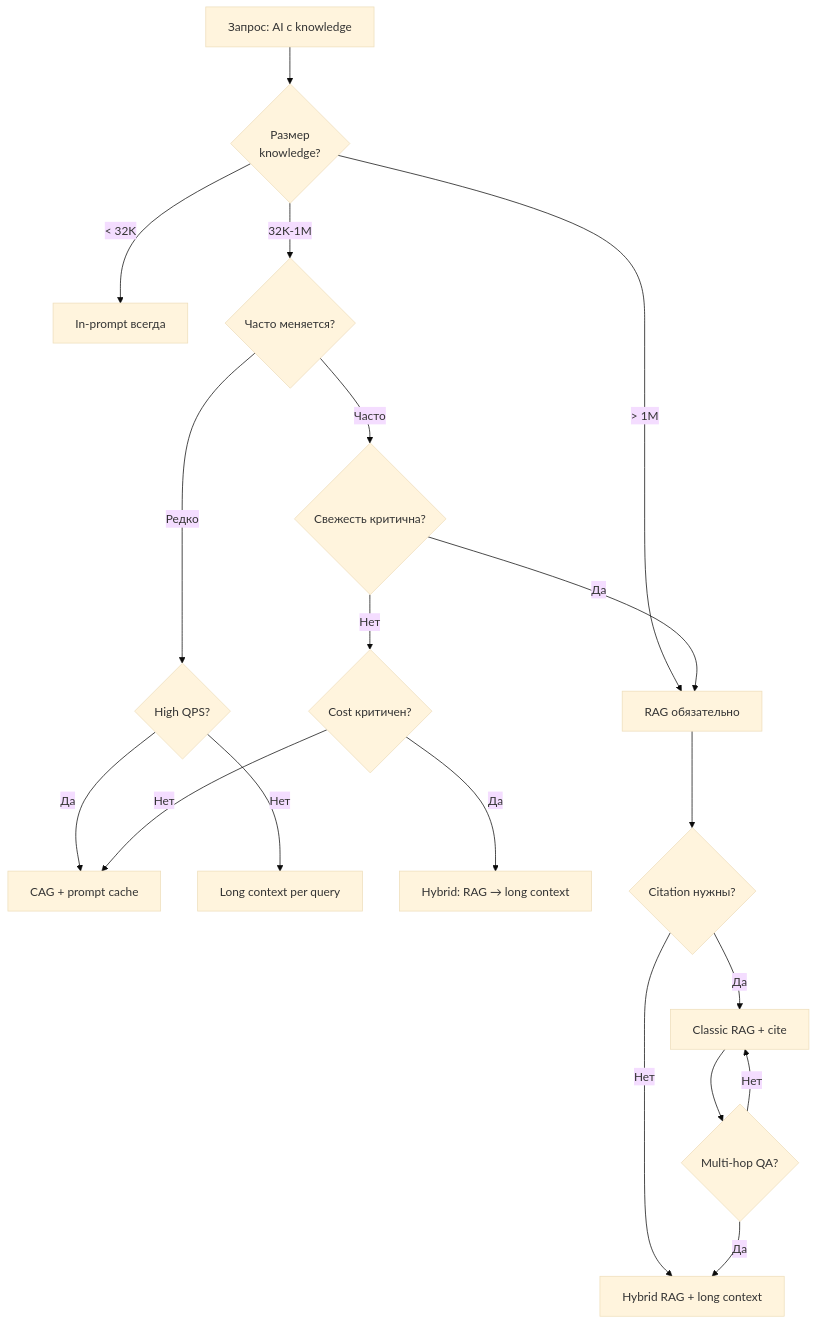
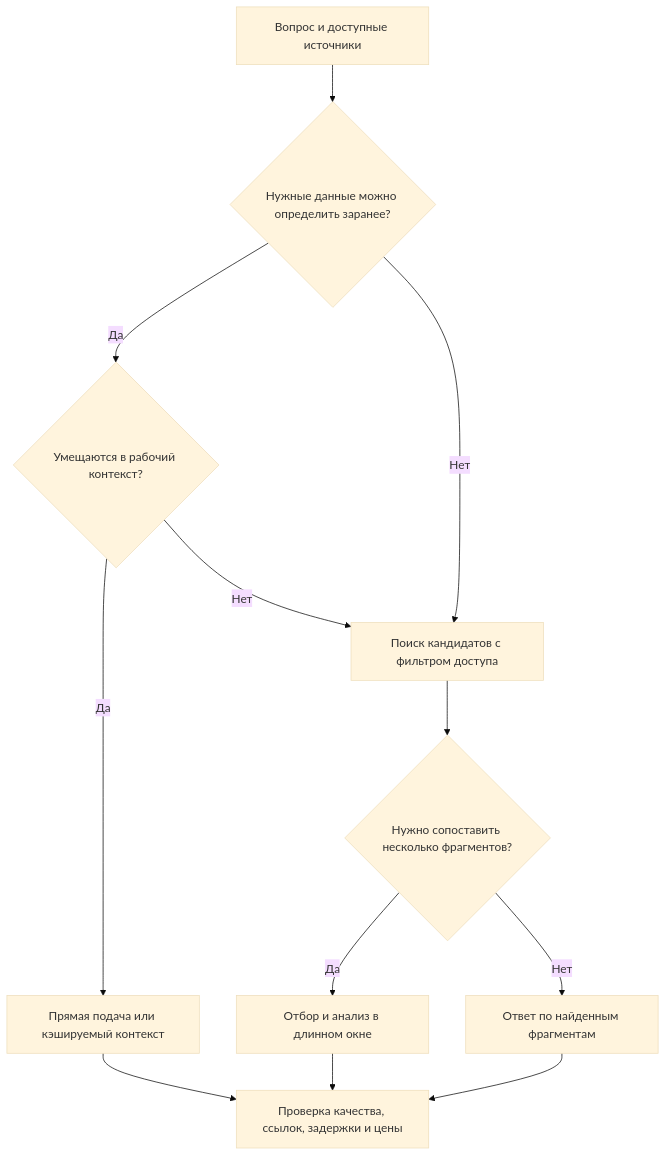
The fourth of 4 diagrams in cheatsheets/interview/ai-ml/long-context-vs-rag-interview.md (akeverus/cheat-sheet), drawn with Mermaid (base theme) before and after one commit. The commit also changed other lines of this file and 154 other files, not shown here.

````diff
--- a/cheatsheets/interview/ai-ml/long-context-vs-rag-interview.md
+++ b/cheatsheets/interview/ai-ml/long-context-vs-rag-interview.md
@@ -977,26 +413,14 @@
 ```mermaid
 graph TD
-    A[Запрос: AI с knowledge] --> B{Размер<br/>knowledge?}
-    B -->|< 32K| C[In-prompt всегда]
-    B -->|32K-1M| D{Часто меняется?}
-    B -->|> 1M| E[RAG обязательно]
-    
-    D -->|Редко| F{High QPS?}
-    D -->|Часто| G{Свежесть критична?}
-    
-    F -->|Да| H[CAG + prompt cache]
-    F -->|Нет| I[Long context per query]
-    
-    G -->|Да| E
-    G -->|Нет| J{Cost критичен?}
-    J -->|Да| K[Hybrid: RAG → long context]
-    J -->|Нет| H
-    
-    E --> L{Citation нужны?}
-    L -->|Да| M[Classic RAG + cite]
-    L -->|Нет| N[Hybrid RAG + long context]
-    
-    M --> O{Multi-hop QA?}
-    O -->|Да| N
-    O -->|Нет| M
+    A[Вопрос и доступные источники] --> B{Нужные данные можно определить заранее?}
+    B -->|Да| C{Умещаются в рабочий контекст?}
+    B -->|Нет| D[Поиск кандидатов с фильтром доступа]
+    C -->|Да| E[Прямая подача или кэшируемый контекст]
+    C -->|Нет| D
+    D --> F{Нужно сопоставить несколько фрагментов?}
+    F -->|Да| G[Отбор и анализ в длинном окне]
+    F -->|Нет| H[Ответ по найденным фрагментам]
+    E --> I[Проверка качества, ссылок, задержки и цены]
+    G --> I
+    H --> I
 ```
````
